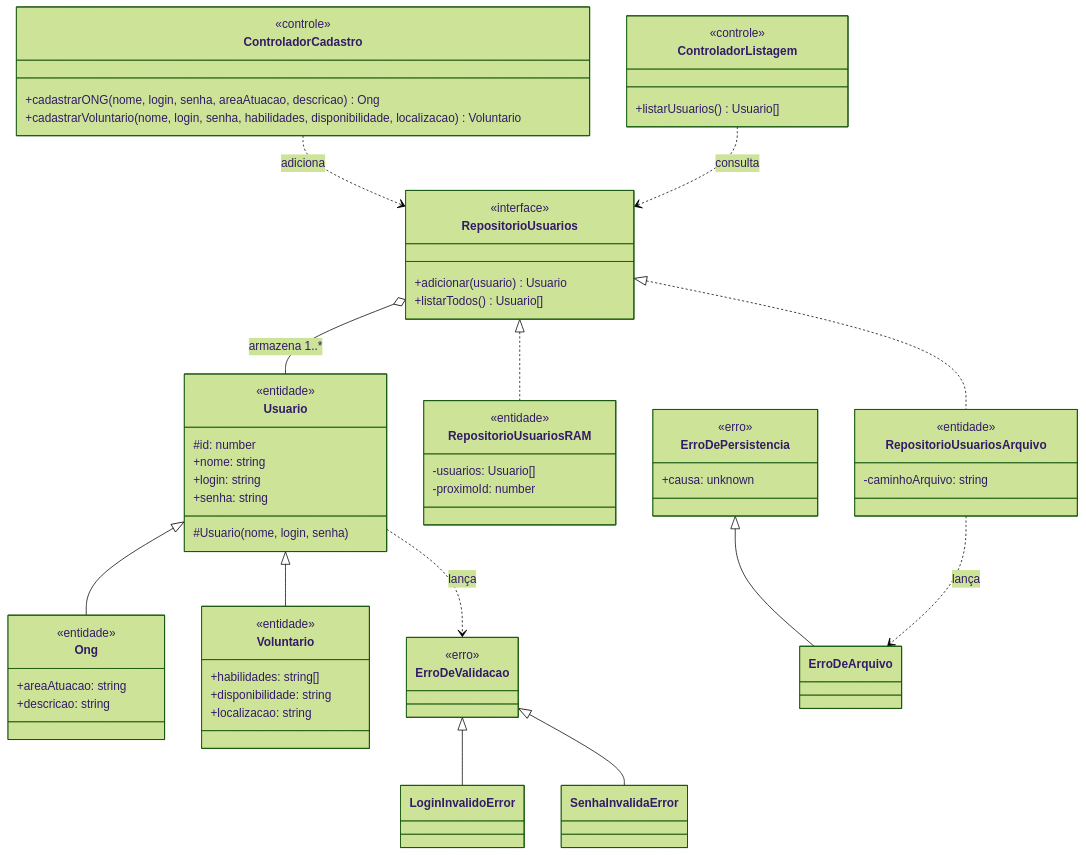
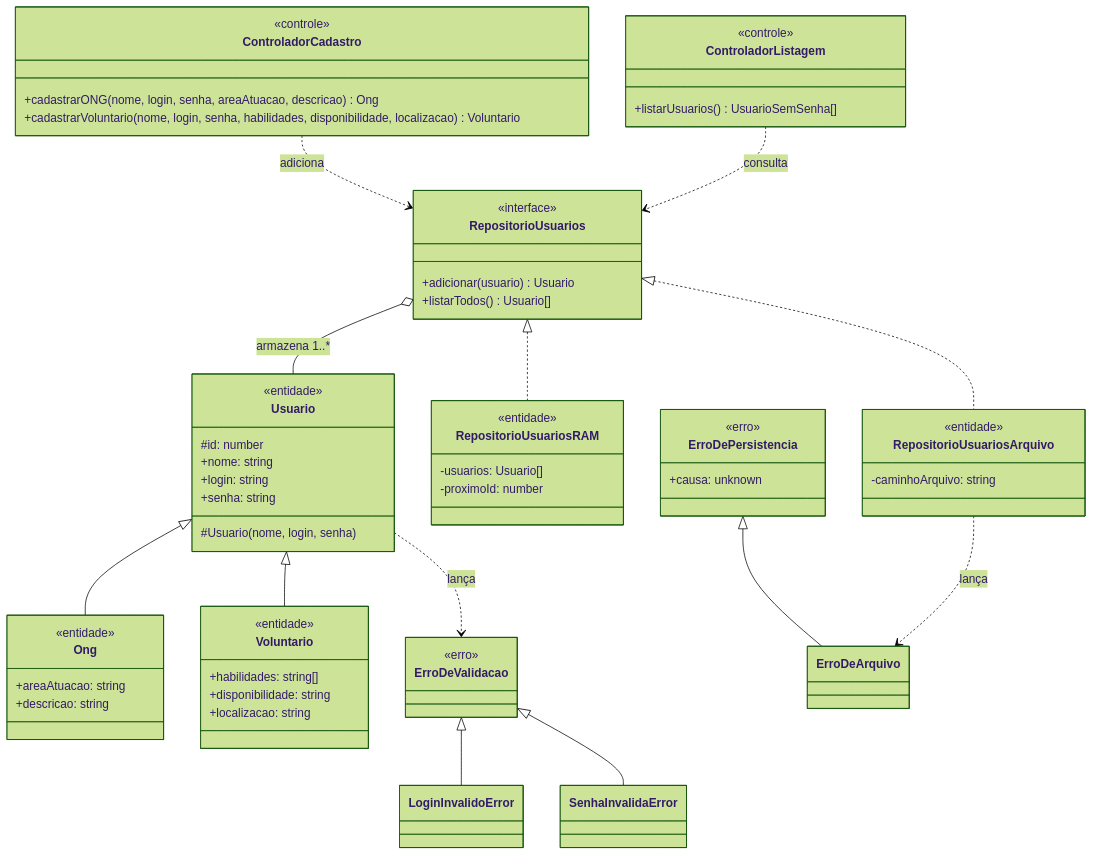
One commit to beapessoa/Ponte-mps changed the diagram in docs/08-projeto.md. Above: the diagram before and after it, drawn with Mermaid (forest theme). The commit also changed 1 other file, not shown here.

Commit message:
docs(requisitos): marcar NF-SEG-02 como implementado
Atualiza o status da RNF e o diagrama de classes de projeto depois
do fix em ControladorListagem (omitirSenha).

````diff
--- a/docs/08-projeto.md
+++ b/docs/08-projeto.md
@@ -23,71 +23,71 @@
 ```mermaid
 classDiagram
     class Usuario {
         <<entidade>>
         #id: number
         +nome: string
         +login: string
         +senha: string
         #Usuario(nome, login, senha)
     }
     class Ong {
         <<entidade>>
         +areaAtuacao: string
         +descricao: string
     }
     class Voluntario {
         <<entidade>>
         +habilidades: string[]
         +disponibilidade: string
         +localizacao: string
     }
     Usuario <|-- Ong
     Usuario <|-- Voluntario
 
     class RepositorioUsuarios {
         <<interface>>
         +adicionar(usuario) Usuario
         +listarTodos() Usuario[]
     }
     class RepositorioUsuariosRAM {
         <<entidade>>
         -usuarios: Usuario[]
         -proximoId: number
     }
     class RepositorioUsuariosArquivo {
         <<entidade>>
         -caminhoArquivo: string
     }
     RepositorioUsuarios <|.. RepositorioUsuariosRAM
     RepositorioUsuarios <|.. RepositorioUsuariosArquivo
     RepositorioUsuarios o-- Usuario : armazena 1..*
 
     class ControladorCadastro {
         <<controle>>
         +cadastrarONG(nome, login, senha, areaAtuacao, descricao) Ong
         +cadastrarVoluntario(nome, login, senha, habilidades, disponibilidade, localizacao) Voluntario
     }
     class ControladorListagem {
         <<controle>>
-        +listarUsuarios() Usuario[]
+        +listarUsuarios() UsuarioSemSenha[]
     }
     ControladorCadastro ..> RepositorioUsuarios : adiciona
     ControladorListagem ..> RepositorioUsuarios : consulta
 
     class ErroDeValidacao {
         <<erro>>
     }
     class LoginInvalidoError
     class SenhaInvalidaError
     ErroDeValidacao <|-- LoginInvalidoError
     ErroDeValidacao <|-- SenhaInvalidaError
     Usuario ..> ErroDeValidacao : lança
 
     class ErroDePersistencia {
         <<erro>>
         +causa: unknown
     }
     class ErroDeArquivo
     ErroDePersistencia <|-- ErroDeArquivo
     RepositorioUsuariosArquivo ..> ErroDeArquivo : lança
 ```
````
